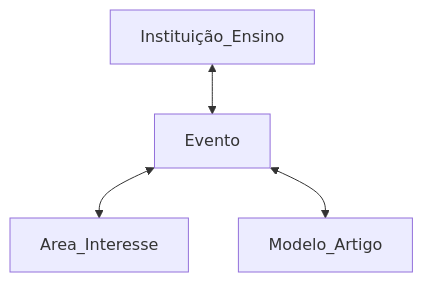
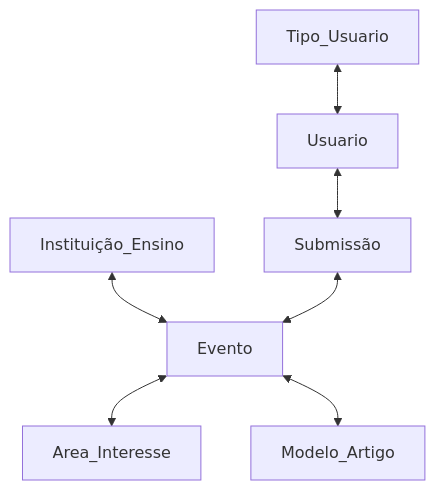
Before and after one commit to vanessacezarn/3_Semestre: the diagram in Projeto de Banco de Dados/aula_05 24_03.md, drawn with Mermaid. The commit also changed other lines of this file, not shown here.

Commit message:
Update aula_05 24_03.md

````diff
--- a/Projeto de Banco de Dados/aula_05 24_03.md
+++ b/Projeto de Banco de Dados/aula_05 24_03.md
@@ -45,7 +45,10 @@
 ```mermaid
 graph TD;
     Instituição_Ensino<-->Evento;
-    Evento <-->Area_Interesse;
-    Evento <-->Modelo_Artigo;
+    Evento <--> Area_Interesse;
+    Evento <--> Modelo_Artigo;
+    Tipo_Usuario <--> Usuario;
+    Usuario <--> Submissão;
+    Submissão <--> Evento
     
 ```
````
